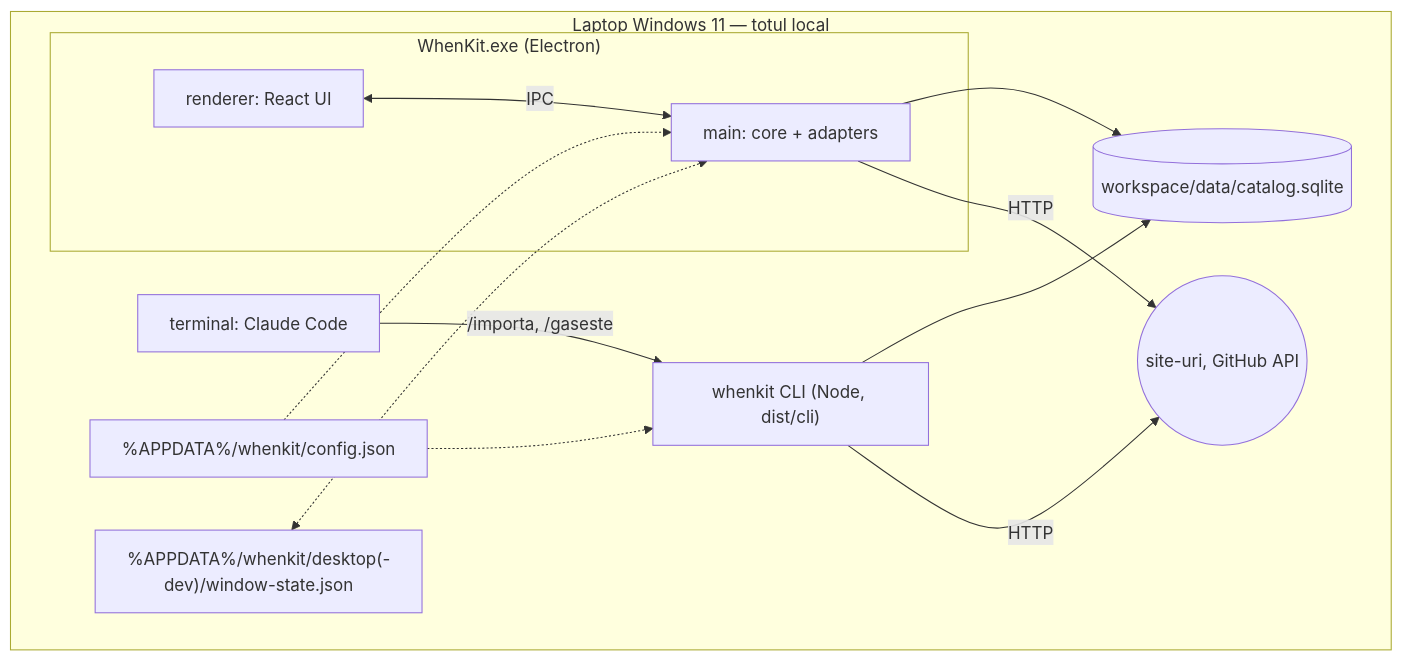
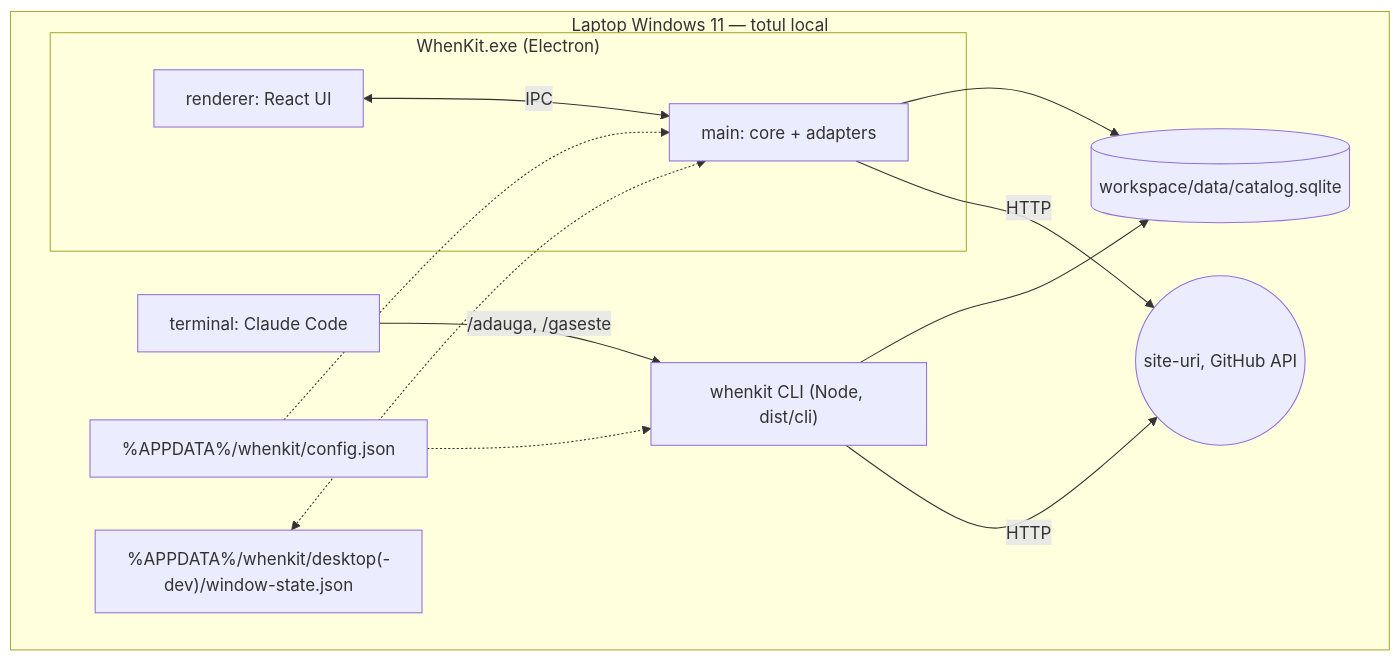
Before and after one commit to Lwcka/whenkit: the second of 3 diagrams in _bmad-output/initiative-whenkit-mvp/architecture-whenkit/architecture-whenkit.md, drawn with Mermaid. The commit also changed other lines of this file and 14 other files, not shown here.

First line of the commit message:
Spec, UX, architecture: /adauga, the concept collection, maximized and zoom state

````diff
--- a/_bmad-output/initiative-whenkit-mvp/architecture-whenkit/architecture-whenkit.md
+++ b/_bmad-output/initiative-whenkit-mvp/architecture-whenkit/architecture-whenkit.md
@@ -249,16 +250,16 @@
 ```mermaid
 flowchart TB
   subgraph laptop["Laptop Windows 11 — totul local"]
     subgraph app["WhenKit.exe (Electron)"]
       R["renderer: React UI"] <-->|IPC| M["main: core + adapters"]
     end
-    C["terminal: Claude Code"] -->|"/importa, /gaseste"| CLI["whenkit CLI (Node, dist/cli)"]
+    C["terminal: Claude Code"] -->|"/adauga, /gaseste"| CLI["whenkit CLI (Node, dist/cli)"]
     CLI --> DB[("workspace/data/catalog.sqlite")]
     M --> DB
     M -->|HTTP| NET(("site-uri, GitHub API"))
     CLI -->|HTTP| NET
     CFG["%APPDATA%/whenkit/config.json"] -.-> CLI
     CFG -.-> M
     WS["%APPDATA%/whenkit/desktop(-dev)/window-state.json"] <-.-> M
   end
 ```
````
